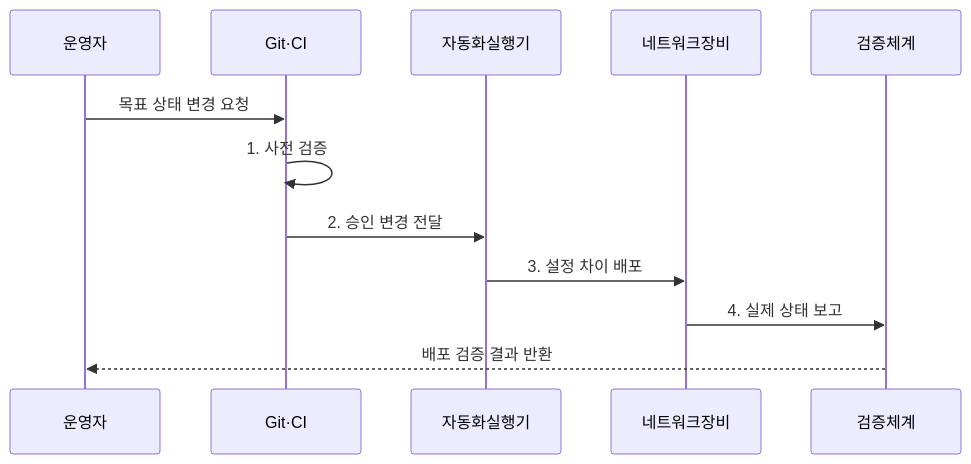
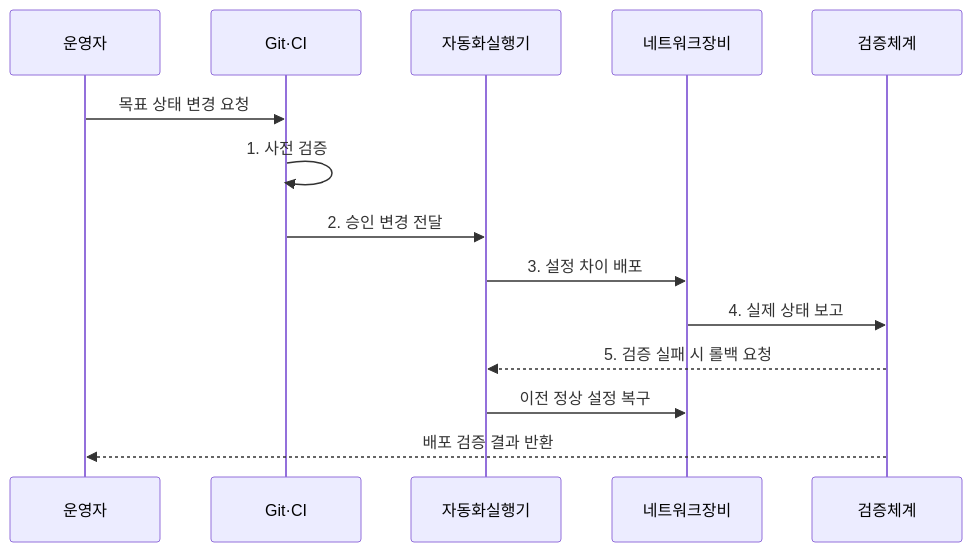
Before and after one commit to agnusdei1207/knowledge-base: the second of 2 diagrams in src/content/docs/notes/04-network/061_network_automation.md, drawn with Mermaid. The commit also changed other lines of this file and 9 other files, not shown here.

````diff
--- a/src/content/docs/notes/04-network/061_network_automation.md
+++ b/src/content/docs/notes/04-network/061_network_automation.md
@@ -102,14 +107,16 @@
 ```mermaid
 sequenceDiagram
     participant 운영자
     participant Git·CI
     participant 자동화실행기
     participant 네트워크장비
     participant 검증체계
     운영자->>Git·CI: 목표 상태 변경 요청
     Git·CI->>Git·CI: 1. 사전 검증
     Git·CI->>자동화실행기: 2. 승인 변경 전달
     자동화실행기->>네트워크장비: 3. 설정 차이 배포
     네트워크장비->>검증체계: 4. 실제 상태 보고
+    검증체계-->>자동화실행기: 5. 검증 실패 시 롤백 요청
+    자동화실행기->>네트워크장비: 이전 정상 설정 복구
     검증체계-->>운영자: 배포 검증 결과 반환
 ```
````
